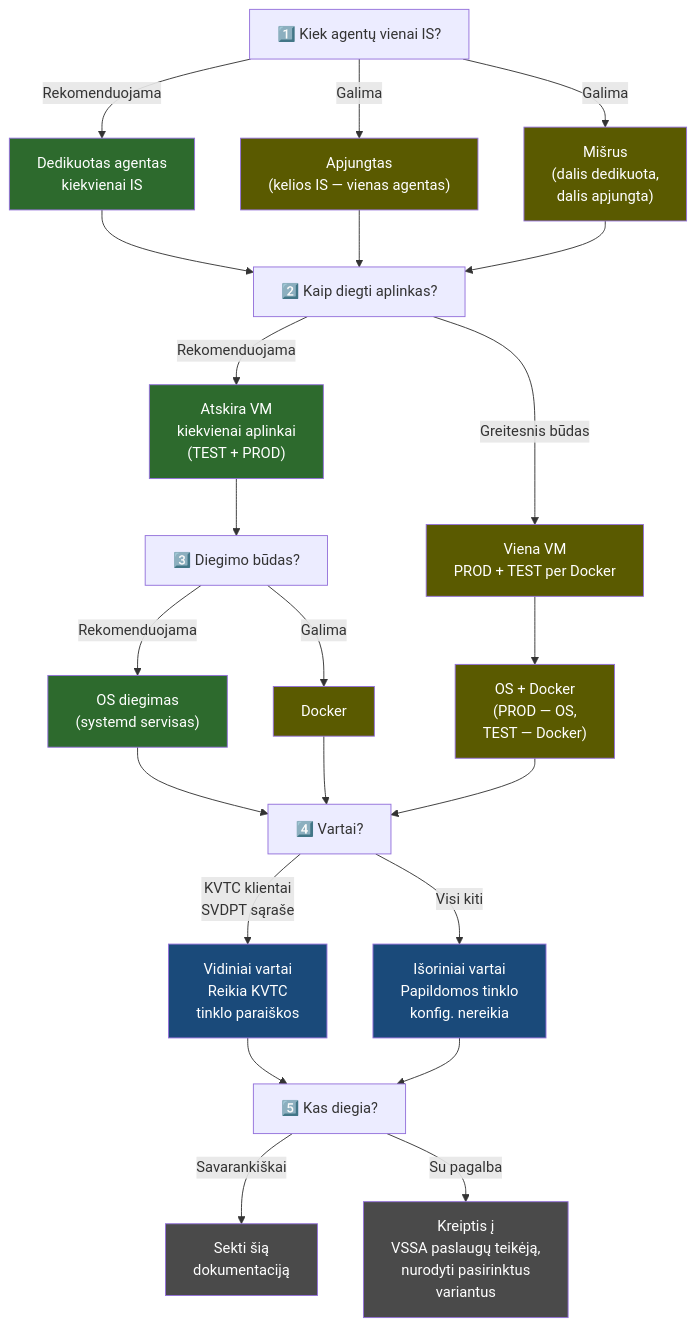
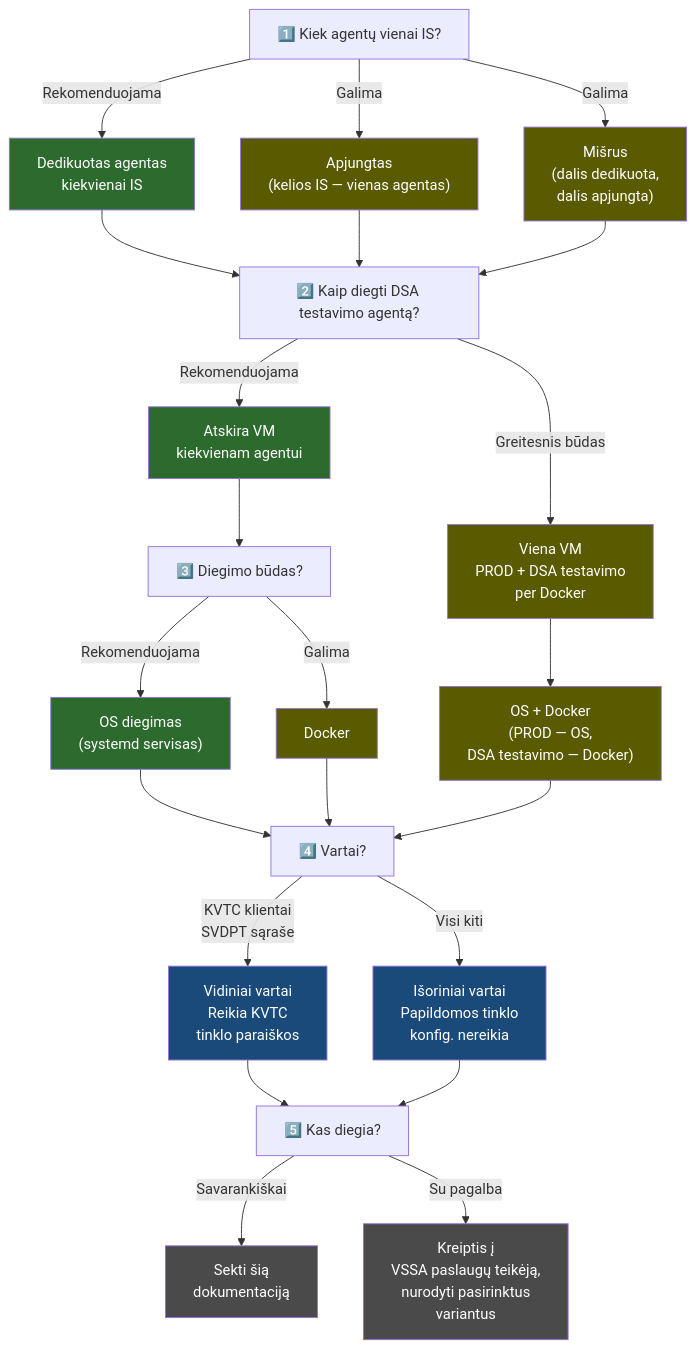
The diagram in docs/lt/agentas/sprendimai.md (atviriduomenys/spinta), drawn with Mermaid before and after one commit. The commit also changed other lines of this file and 2 other files, not shown here.

````diff
--- a/docs/lt/agentas/sprendimai.md
+++ b/docs/lt/agentas/sprendimai.md
@@ -5,44 +5,44 @@
 ```{mermaid}
 flowchart TD
     Q1["1️⃣ Kiek agentų vienai IS?"]
     Q1 -->|"Rekomenduojama"| A1["Dedikuotas agentas<br/>kiekvienai IS"]
     Q1 -->|"Galima"| A2["Apjungtas<br/>(kelios IS — vienas agentas)"]
     Q1 -->|"Galima"| A3["Mišrus<br/>(dalis dedikuota,<br/>dalis apjungta)"]
 
     A1 & A2 & A3 --> Q2
 
-    Q2["2️⃣ Kaip diegti aplinkas?"]
-    Q2 -->|"Rekomenduojama"| B1["Atskira VM<br/>kiekvienai aplinkai<br/>(TEST + PROD)"]
-    Q2 -->|"Greitesnis būdas"| B2["Viena VM<br/>PROD + TEST per Docker"]
+    Q2["2️⃣ Kaip diegti DSA testavimo agentą?"]
+    Q2 -->|"Rekomenduojama"| B1["Atskira VM<br/>kiekvienam agentui"]
+    Q2 -->|"Greitesnis būdas"| B2["Viena VM<br/>PROD + DSA testavimo<br/>per Docker"]
 
     B1 --> Q3A["3️⃣ Diegimo būdas?"]
     Q3A -->|"Rekomenduojama"| C1["OS diegimas<br/>(systemd servisas)"]
     Q3A -->|"Galima"| C2["Docker"]
 
-    B2 --> C3["OS + Docker<br/>(PROD — OS,<br/>TEST — Docker)"]
+    B2 --> C3["OS + Docker<br/>(PROD — OS,<br/>DSA testavimo — Docker)"]
 
     C1 & C2 & C3 --> Q4
 
     Q4["4️⃣ Vartai?"]
     Q4 -->|"KVTC klientai<br/>SVDPT sąraše"| D1["Vidiniai vartai<br/>Reikia KVTC<br/>tinklo paraiškos"]
     Q4 -->|"Visi kiti"| D2["Išoriniai vartai<br/>Papildomos tinklo<br/>konfig. nereikia"]
 
     D1 & D2 --> Q5
 
     Q5["5️⃣ Kas diegia?"]
     Q5 -->|"Savarankiškai"| E1["Sekti šią<br/>dokumentaciją"]
     Q5 -->|"Su pagalba"| E2["Kreiptis į<br/>VSSA paslaugų teikėją,<br/>nurodyti pasirinktus<br/>variantus"]
 
     style A1 fill:#2d6a2d,color:#fff
     style B1 fill:#2d6a2d,color:#fff
     style C1 fill:#2d6a2d,color:#fff
     style A2 fill:#5a5a00,color:#fff
     style A3 fill:#5a5a00,color:#fff
     style B2 fill:#5a5a00,color:#fff
     style C2 fill:#5a5a00,color:#fff
     style C3 fill:#5a5a00,color:#fff
     style D1 fill:#1a4a7a,color:#fff
     style D2 fill:#1a4a7a,color:#fff
     style E1 fill:#4a4a4a,color:#fff
     style E2 fill:#4a4a4a,color:#fff
 ```
````
